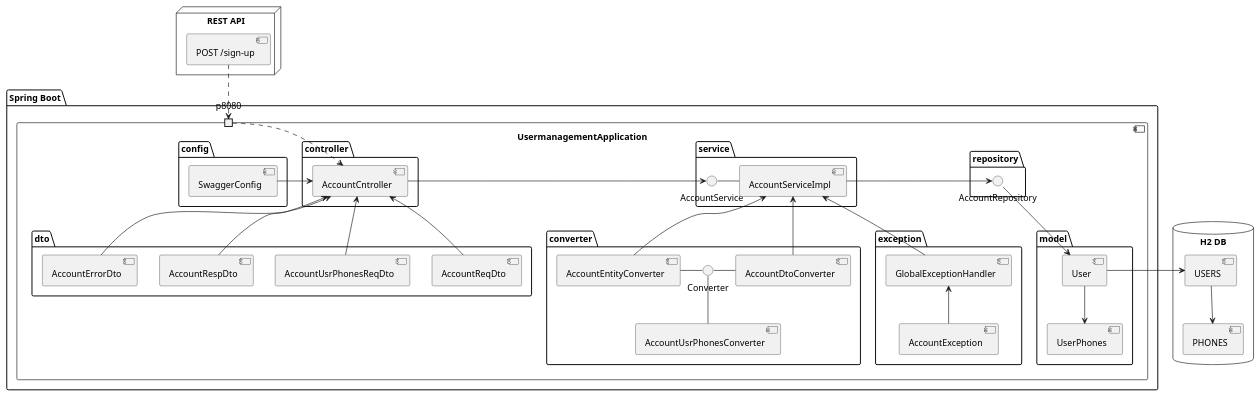
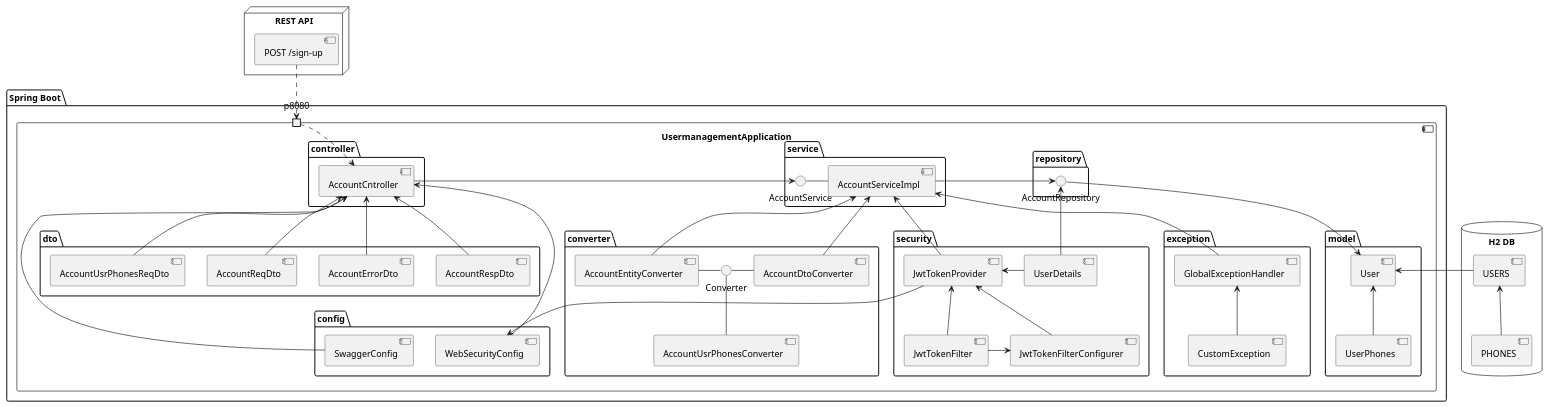
One commit to albarelloshernan/ms-usermanagement-util changed the diagram in diagrams/Diagrama de Componentes UML2.md. Above: the diagram before and after it, drawn with PlantUML. The commit also changed 1 other file, not shown here.

Commit message:
Diagrams update

```diff
--- a/diagrams/Diagrama de Componentes UML2.md
+++ b/diagrams/Diagrama de Componentes UML2.md
@@ -10,8 +10,7 @@
 		port p8080
 
 		folder "model" {
-			[User]
-			[User] -down-> [UserPhones]
+			[User] <-down- [UserPhones]
 		}
 
 		folder "repository" {
@@ -26,7 +25,7 @@
 		}
 
 		folder "exception" {
-			[GlobalExceptionHandler] <-down- [AccountException]
+			[GlobalExceptionHandler] <-down- [CustomException]
 		}
 
 		folder "service" {
@@ -34,9 +33,11 @@
 			[AccountServiceImpl] -left- ACS
 		}
 
-		folder "controller" {
-			interface "AccountService" AS ACS
-			[AccountCntroller] -right-> ACS
+		folder "security" {
+			[JwtTokenFilter]
+			[JwtTokenFilterConfigurer]
+			[JwtTokenProvider]
+			[UserDetails]
 		}
 
 		folder "dto" {
@@ -46,29 +47,48 @@
 			[AccountErrorDto]
 		}
 		
+		folder "controller" {
+			interface "AccountService" AS ACS
+			[AccountCntroller] -right-> ACS
+		}
+		
 		folder "config" {
 			[SwaggerConfig]
+			[WebSecurityConfig]
 		}
 	}
 }
 
 database "H2 DB" {
-    [USERS]
-	[USERS] -down-> [PHONES]
+	[USERS] <-down- [PHONES]
 }
 
 [POST /sign-up] .down.> p8080
 [AccountCntroller] <.up. p8080
+
+[JwtTokenProvider] -down-> [WebSecurityConfig]
+[JwtTokenProvider] <-down- [JwtTokenFilter]
+[JwtTokenProvider] <-down- [JwtTokenFilterConfigurer]
+[JwtTokenFilter] -right-> [JwtTokenFilterConfigurer]
+
+[UserDetails] -right-> [JwtTokenProvider]
+[UserDetails] -left-> AccountRepository
+
 [SwaggerConfig] -left-> [AccountCntroller]
+[WebSecurityConfig] -up-> [AccountCntroller]
+
 [AccountCntroller] <-down- [AccountReqDto]
 [AccountCntroller] <-down- [AccountUsrPhonesReqDto]
 [AccountCntroller] <-down- [AccountRespDto]
 [AccountCntroller] <-down- [AccountErrorDto]
+
+[AccountServiceImpl] <-down- [JwtTokenProvider]
 [AccountServiceImpl] <-down- [AccountDtoConverter]
 [AccountServiceImpl] <-down- [AccountEntityConverter]
 [AccountServiceImpl] <-down- [GlobalExceptionHandler]
 [AccountServiceImpl] -left-> AccountRepository
+
 AccountRepository -down-> [User]
-[User] -left-> [USERS]
+[User] <-left- [USERS]
 
 @enduml
```
